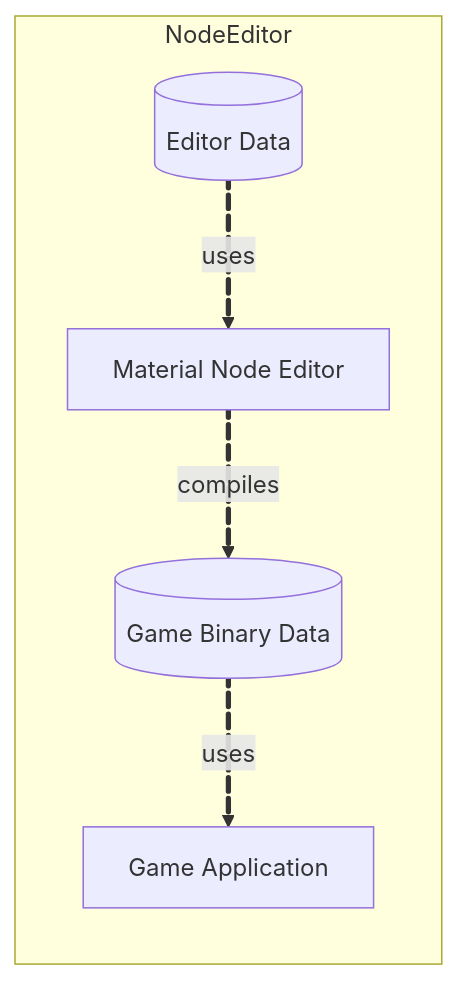
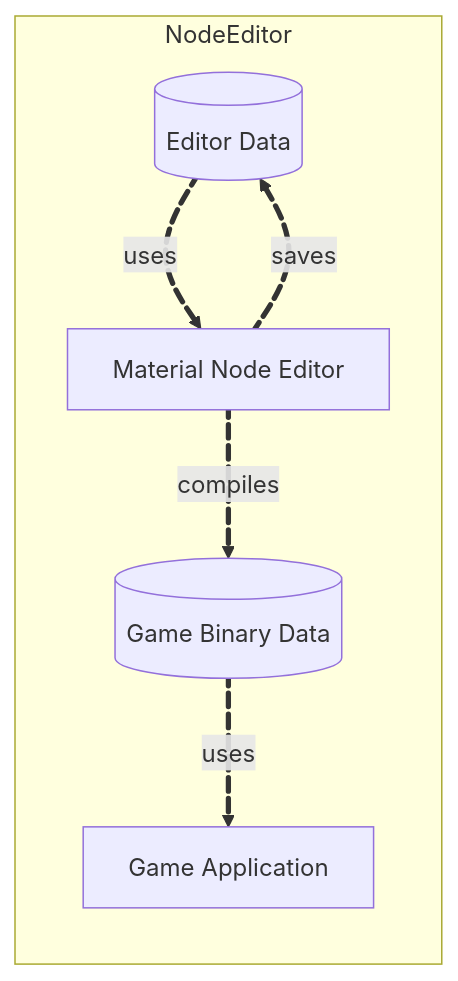
Before and after one commit to antae714/antae714.github.io: the second of 2 diagrams in _posts/PotionAtelier/2025-07-26-MaterialEditor.md, drawn with Mermaid.

````diff
--- a/_posts/PotionAtelier/2025-07-26-MaterialEditor.md
+++ b/_posts/PotionAtelier/2025-07-26-MaterialEditor.md
@@ -57,17 +57,20 @@
 ``` mermaid
+%%{init: {"sequence": {"rightAngles": true}} }%%
 flowchart LR
   subgraph NodeEditor
     ED[(Editor Data)]
     MNE[Material Node Editor]
     GBD[(Game Binary Data)]
     GA[Game Application]
   end
-
+  
   ED e1@==> |uses|MNE
-  MNE e2@==>|compiles| GBD
-  GBD e3@==>|uses| GA
+  MNE e2@==> |saves|ED
+  MNE e3@==>|compiles| GBD
+  GBD e4@==>|uses| GA
   
   e1@{ animate: true, animation: slow }
   e2@{ animate: true, animation: slow }
   e3@{ animate: true, animation: slow }
+  e4@{ animate: true, animation: slow }
 ```
````
